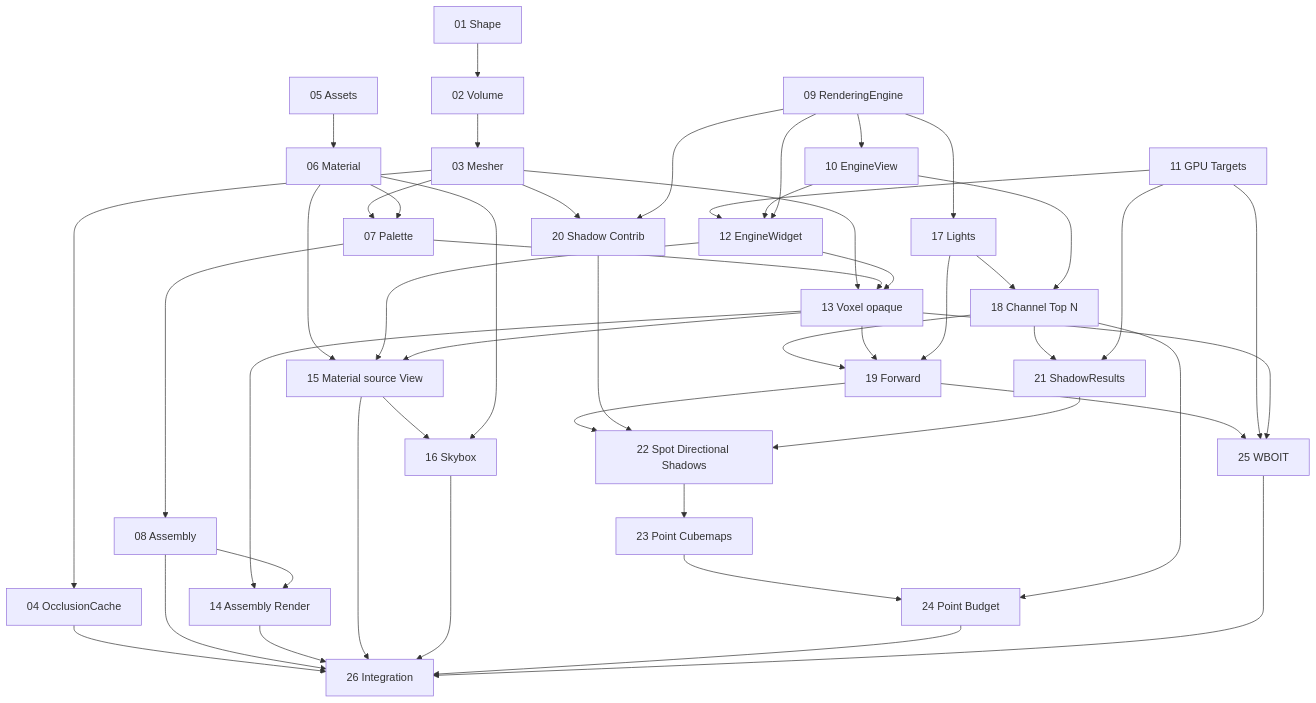
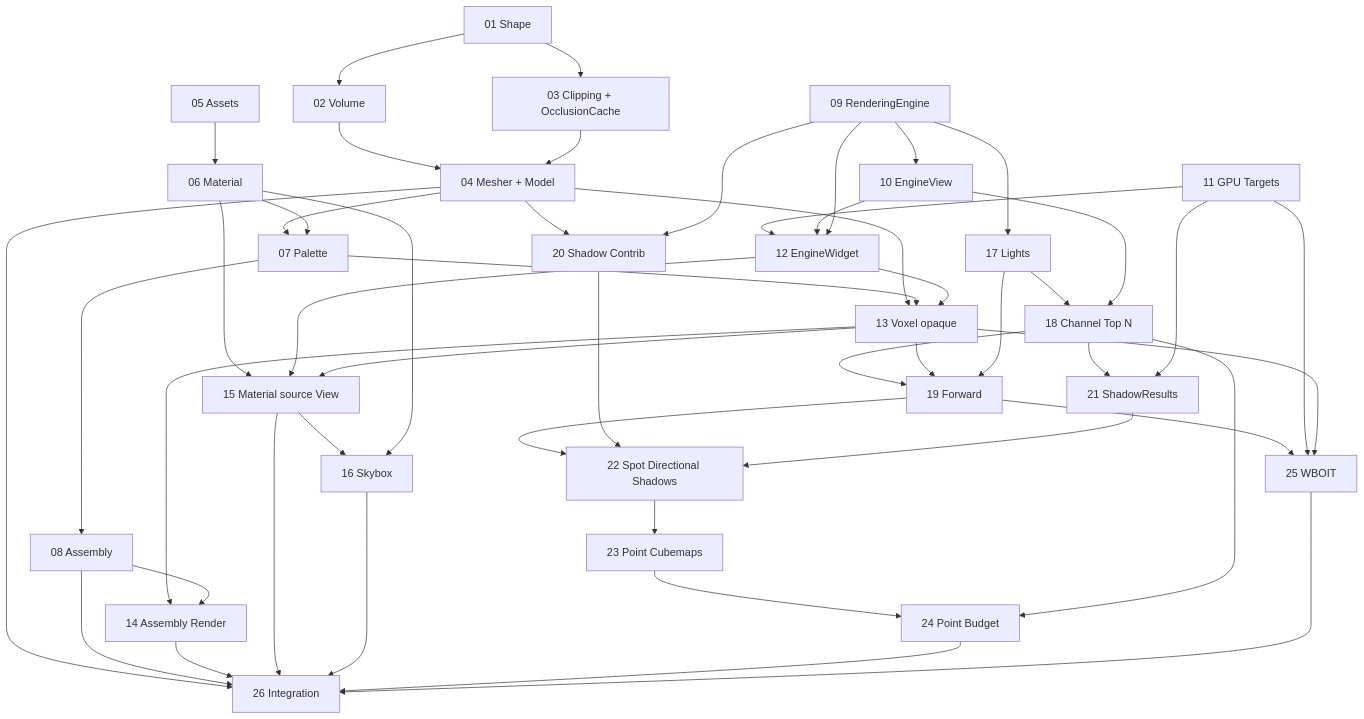
One commit to EreliaStudio/Sparkle changed the diagram in docs/voxel-engine-v0.1.4/implementation/DEPENDENCIES.md. Above: the diagram before and after it, drawn with Mermaid. The commit also changed other lines of this file and 29 other files, not shown here.

Commit message:
feat(voxel): PR-01 — Shape, Definition et Cell (#40)

````diff
--- a/docs/voxel-engine-v0.1.4/implementation/DEPENDENCIES.md
+++ b/docs/voxel-engine-v0.1.4/implementation/DEPENDENCIES.md
@@ -5,44 +5,46 @@
 ```mermaid
 flowchart TD
-  P01["01 Shape"] --> P02["02 Volume"] --> P03["03 Mesher"]
-  P03 --> P04["04 OcclusionCache"]
+  P01["01 Shape"] --> P02["02 Volume"]
+  P01 --> P03["03 Clipping + OcclusionCache"]
+  P02 --> P04["04 Mesher + Model"]
+  P03 --> P04
   P05["05 Assets"] --> P06["06 Material"]
-  P03 --> P07["07 Palette"]
+  P04 --> P07["07 Palette"]
   P06 --> P07 --> P08["08 Assembly"]
   P09["09 RenderingEngine"] --> P10["10 EngineView"]
   P11["11 GPU Targets"] --> P12["12 EngineWidget"]
   P10 --> P12
   P09 --> P12
-  P03 --> P13["13 Voxel opaque"]
+  P04 --> P13["13 Voxel opaque"]
   P07 --> P13
   P12 --> P13 --> P14["14 Assembly Render"]
   P08 --> P14
   P06 --> P15["15 Material source View"]
   P12 --> P15
   P13 --> P15 --> P16["16 Skybox"]
   P06 --> P16
   P09 --> P17["17 Lights"]
   P17 --> P18["18 Channel Top N"]
   P10 --> P18
   P18 --> P19["19 Forward"]
   P13 --> P19
   P17 --> P19
-  P03 --> P20["20 Shadow Contrib"]
+  P04 --> P20["20 Shadow Contrib"]
   P09 --> P20
   P18 --> P21["21 ShadowResults"]
   P11 --> P21
   P19 --> P22["22 Spot Directional Shadows"]
   P20 --> P22
   P21 --> P22 --> P23["23 Point Cubemaps"] --> P24["24 Point Budget"]
   P18 --> P24
   P19 --> P25["25 WBOIT"]
   P11 --> P25
   P13 --> P25
   P04 --> P26["26 Integration"]
   P08 --> P26
   P14 --> P26
   P15 --> P26
   P16 --> P26
   P24 --> P26
   P25 --> P26
 ```
````
